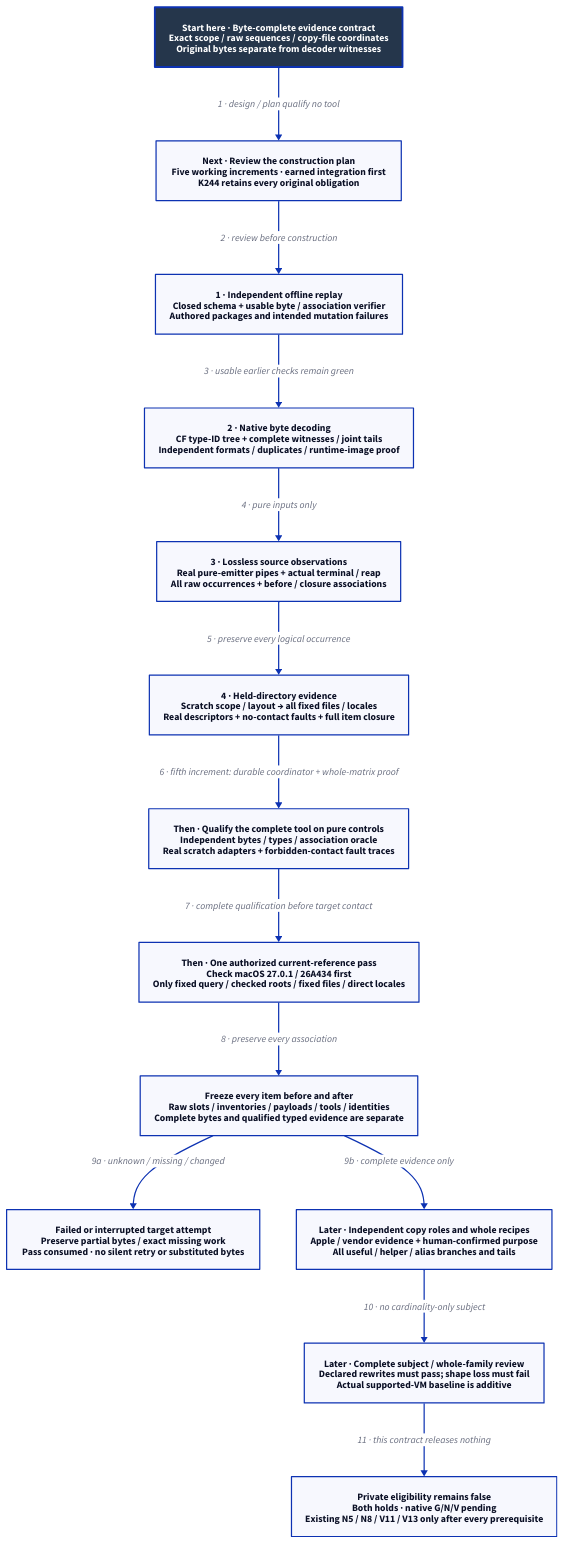
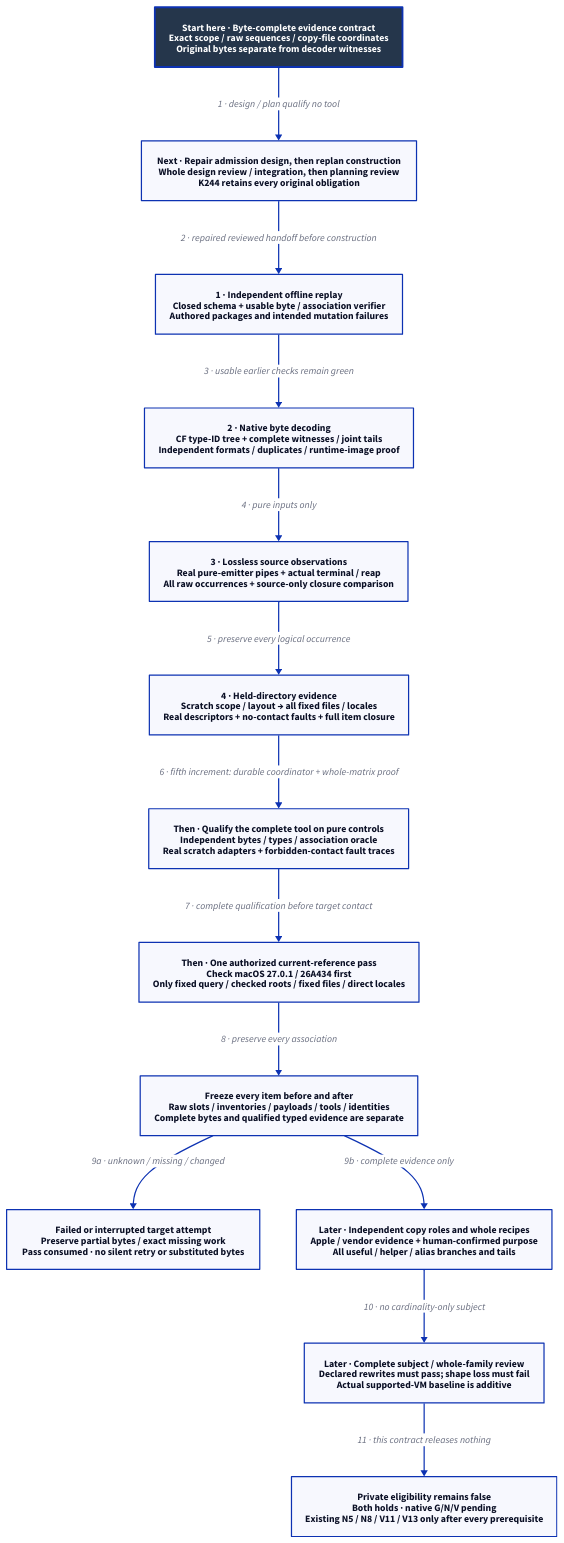
Before and after one commit to Linkuistics/Koine: the diagram in docs/design/architecture/native-reference-evidence.d2, drawn with D2. The commit also changed 28 other files, not shown here.

First line of the commit message:
Integrate the reference-evidence planning review (reference-evidence-instrument-k267)

```diff
--- a/docs/design/architecture/native-reference-evidence.d2
+++ b/docs/design/architecture/native-reference-evidence.d2
@@ -1,30 +1,30 @@
-# Five planned working increments; construction/qualification and target pass remain unexecuted.
+# Reviewed admission design and replanning precede construction; no tool or target evidence.
 direction: down
 classes: {
   start: {style: {fill: "#25364B"; font-color: "#FFFFFF"; bold: true; stroke-width: 3}}
 }
 Start: "Start here · Byte-complete evidence contract\nExact scope / raw sequences / copy-file coordinates\nOriginal bytes separate from decoder witnesses" {class: start}
-Plan: "Next · Review the construction plan\nFive working increments · earned integration first\nK244 retains every original obligation"
+Plan: "Next · Repair admission design, then replan construction\nWhole design review / integration, then planning review\nK244 retains every original obligation"
 Replay: "1 · Independent offline replay\nClosed schema + usable byte / association verifier\nAuthored packages and intended mutation failures"
 Decode: "2 · Native byte decoding\nCF type-ID tree + complete witnesses / joint tails\nIndependent formats / duplicates / runtime-image proof"
-Source: "3 · Lossless source observations\nReal pure-emitter pipes + actual terminal / reap\nAll raw occurrences + before / closure associations"
+Source: "3 · Lossless source observations\nReal pure-emitter pipes + actual terminal / reap\nAll raw occurrences + source-only closure comparison"
 Acquire: "4 · Held-directory evidence\nScratch scope / layout → all fixed files / locales\nReal descriptors + no-contact faults + full item closure"
 Pure: "Then · Qualify the complete tool on pure controls\nIndependent bytes / types / association oracle\nReal scratch adapters + forbidden-contact fault traces"
 Pass: "Then · One authorized current-reference pass\nCheck macOS 27.0.1 / 26A434 first\nOnly fixed query / checked roots / fixed files / direct locales"
 Closure: "Freeze every item before and after\nRaw slots / inventories / payloads / tools / identities\nComplete bytes and qualified typed evidence are separate"
 Failed: "Failed or interrupted target attempt\nPreserve partial bytes / exact missing work\nPass consumed · no silent retry or substituted bytes"
 Roles: "Later · Independent copy roles and whole recipes\nApple / vendor evidence + human-confirmed purpose\nAll useful / helper / alias branches and tails"
 Review: "Later · Complete subject / whole-family review\nDeclared rewrites must pass; shape loss must fail\nActual supported-VM baseline is additive"
 Hold: "Private eligibility remains false\nBoth holds · native G/N/V pending\nExisting N5 / N8 / V11 / V13 only after every prerequisite"
 Start -> Plan: "1 · design / plan qualify no tool"
-Plan -> Replay: "2 · review before construction"
+Plan -> Replay: "2 · repaired reviewed handoff before construction"
 Replay -> Decode: "3 · usable earlier checks remain green"
 Decode -> Source: "4 · pure inputs only"
 Source -> Acquire: "5 · preserve every logical occurrence"
 Acquire -> Pure: "6 · fifth increment: durable coordinator + whole-matrix proof"
 Pure -> Pass: "7 · complete qualification before target contact"
 Pass -> Closure: "8 · preserve every association"
 Closure -> Failed: "9a · unknown / missing / changed"
 Closure -> Roles: "9b · complete evidence only"
 Roles -> Review: "10 · no cardinality-only subject"
 Review -> Hold: "11 · this contract releases nothing"
```
